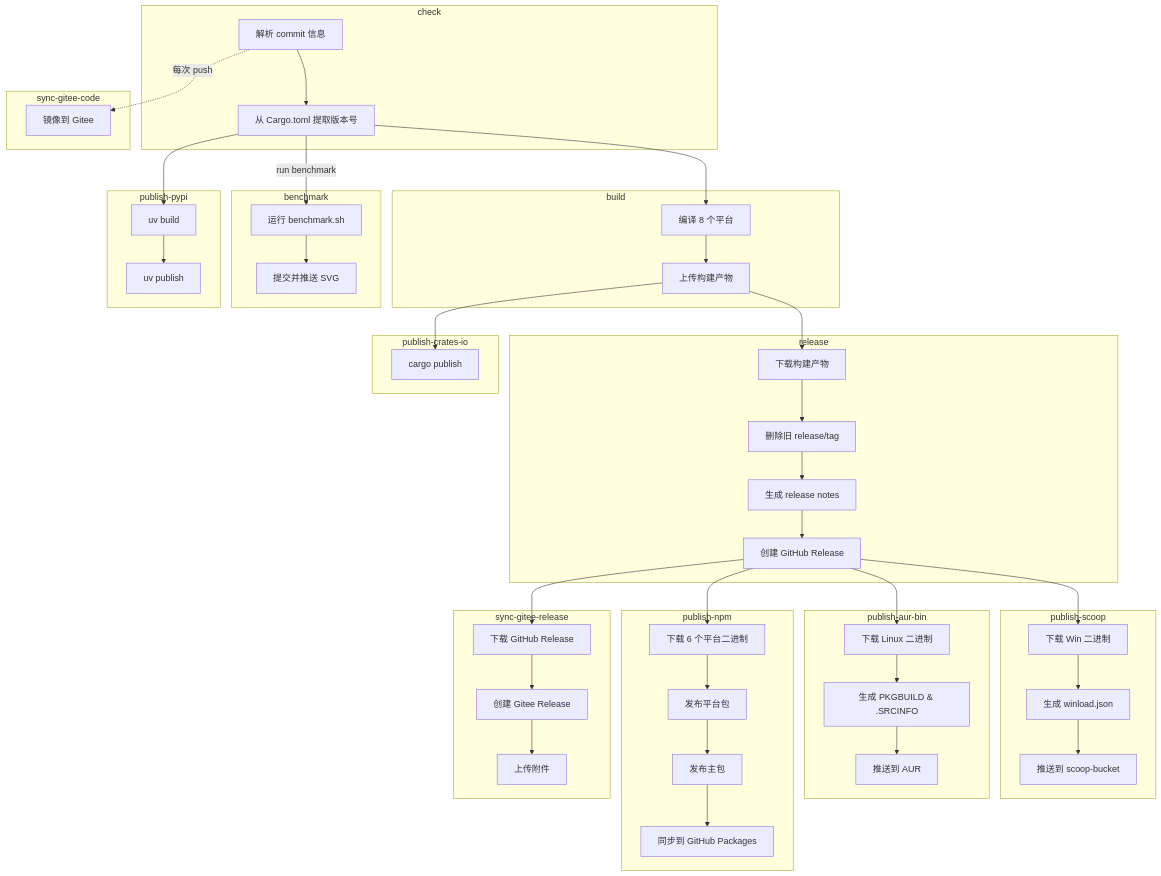
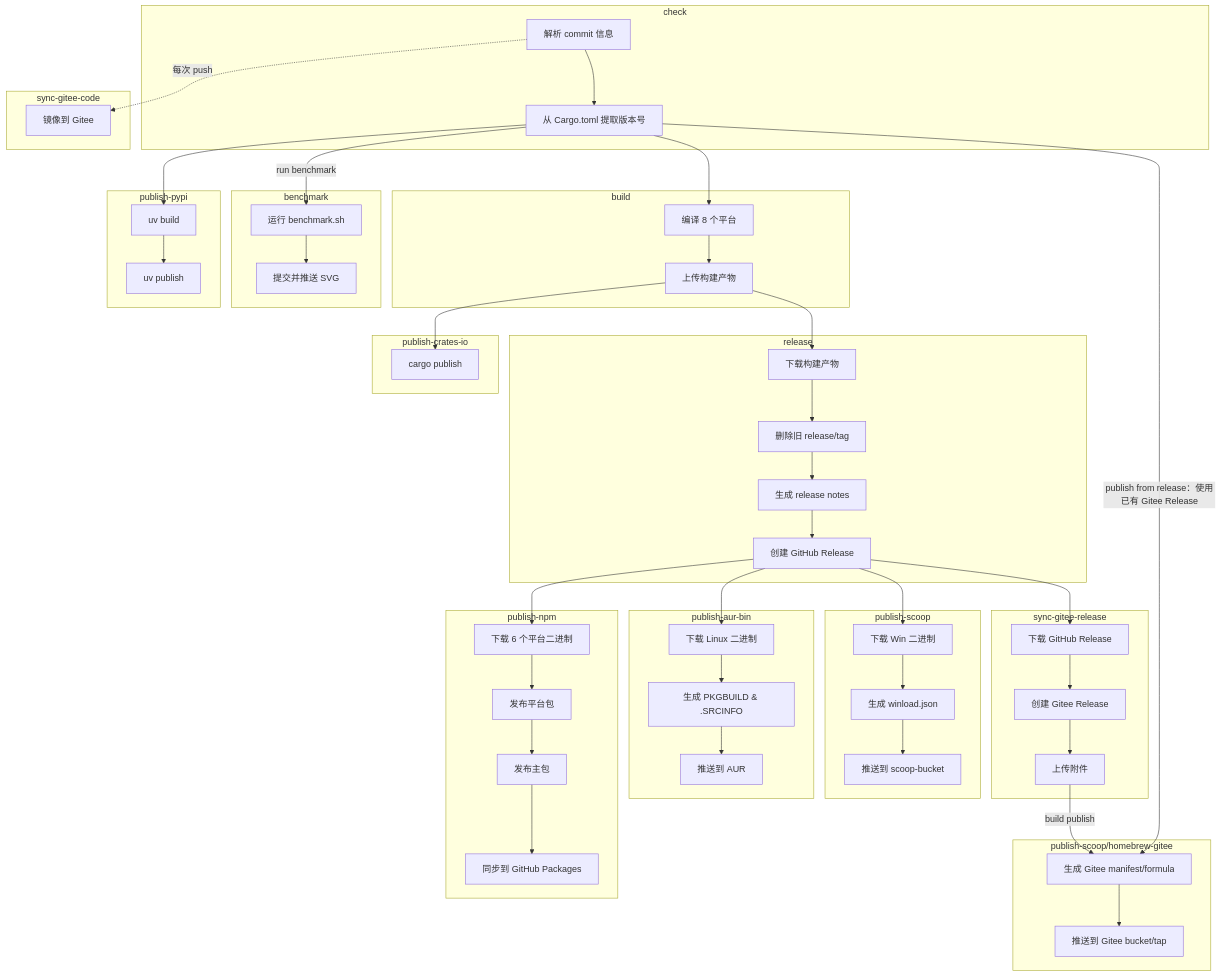
One commit to VincentZyuApps/winload changed the diagram in .github/workflows/build.zh-cn.md. Above: the diagram before and after it, drawn with Mermaid. The commit also changed other lines of this file and 13 other files, not shown here.

First line of the commit message:
release: 准备 v0.1.12-rc.1 并调整 Gitee 发布链路

````diff
--- a/.github/workflows/build.zh-cn.md
+++ b/.github/workflows/build.zh-cn.md
@@ -175,6 +176,11 @@
         S1[下载 Win 二进制]
         S2[生成 winload.json]
         S3[推送到 scoop-bucket]
+    end
+
+    subgraph giteePackage["publish-scoop/homebrew-gitee"]
+        G1[生成 Gitee manifest/formula]
+        G2[推送到 Gitee bucket/tap]
     end
     
     subgraph aur["publish-aur-bin"]
@@ -229,4 +235,7 @@
     N1 --> N2 --> N3 --> N4
     R4 --> SR1
     SR1 --> SR2 --> SR3
+    SR3 --"build publish"--> G1
+    C2 --"publish from release：使用已有 Gitee Release"--> G1
+    G1 --> G2
 ```
````
